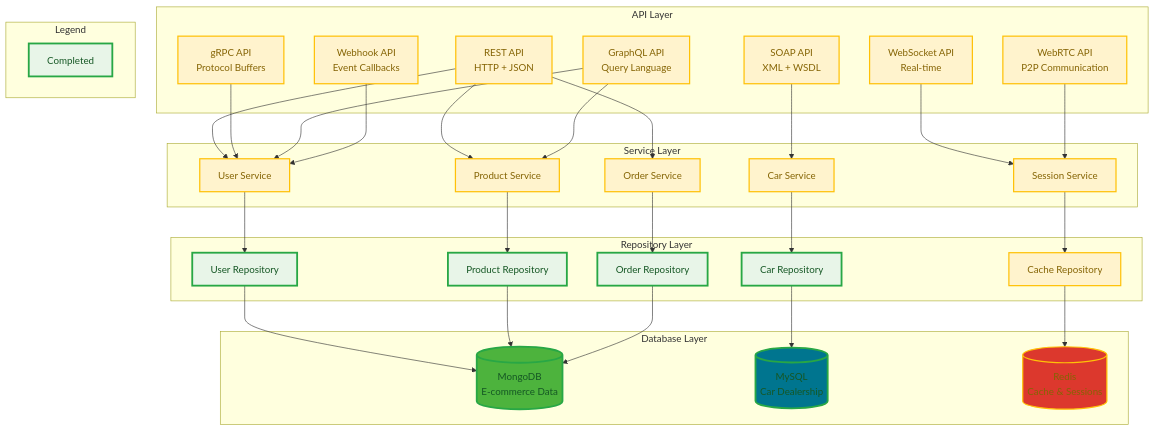
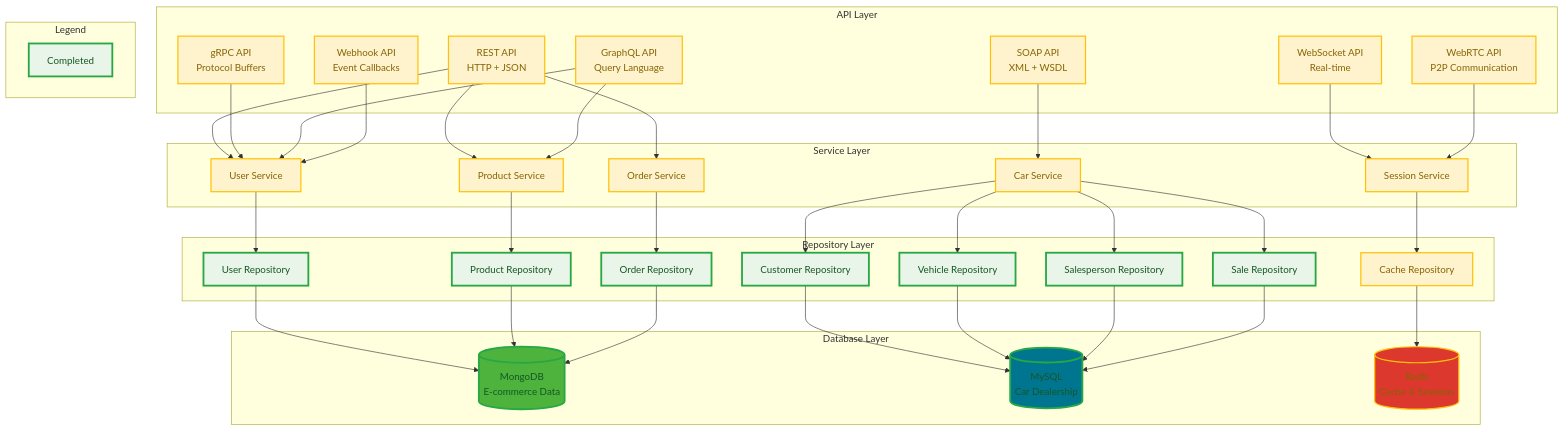
Before and after one commit to mckriel/api-server: the diagram in README.md, drawn with Mermaid. The commit also changed 1 other file, not shown here.

Commit message:
updated diagram

```diff
--- a/README.md
+++ b/README.md
@@ -41,7 +41,10 @@
         UserRepo[User Repository]
         ProductRepo[Product Repository]
         OrderRepo[Order Repository]
-        CarRepo[Car Repository]
+        CustomerRepo[Customer Repository]
+        VehicleRepo[Vehicle Repository]
+        SalespersonRepo[Salesperson Repository]
+        SaleRepo[Sale Repository]
         CacheRepo[Cache Repository]
     end
 
@@ -69,13 +72,19 @@
     UserSvc --> UserRepo
     ProductSvc --> ProductRepo
     OrderSvc --> OrderRepo
-    CarSvc --> CarRepo
+    CarSvc --> CustomerRepo
+    CarSvc --> VehicleRepo
+    CarSvc --> SalespersonRepo
+    CarSvc --> SaleRepo
     SessionSvc --> CacheRepo
 
     UserRepo --> MongoDB
     ProductRepo --> MongoDB
     OrderRepo --> MongoDB
-    CarRepo --> MySQL
+    CustomerRepo --> MySQL
+    VehicleRepo --> MySQL
+    SalespersonRepo --> MySQL
+    SaleRepo --> MySQL
     CacheRepo --> Redis
 
     %% Database styling (keep original database colors)
@@ -89,7 +98,7 @@
 
     %% Apply completed styling to implemented components
     class UserRepo,ProductRepo,OrderRepo,MongoDB completed
-    class CarRepo,MySQL completed
+    class CustomerRepo,VehicleRepo,SalespersonRepo,SaleRepo,MySQL completed
     
     %% Apply pending styling to not-yet-implemented components
     class CacheRepo,Redis pending
```
